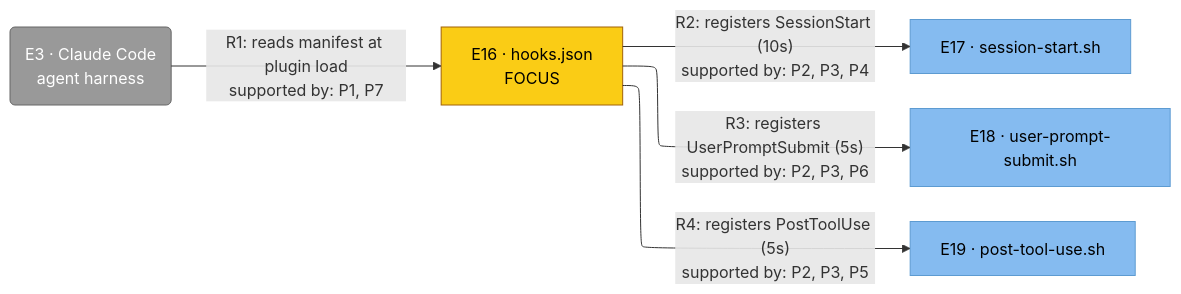
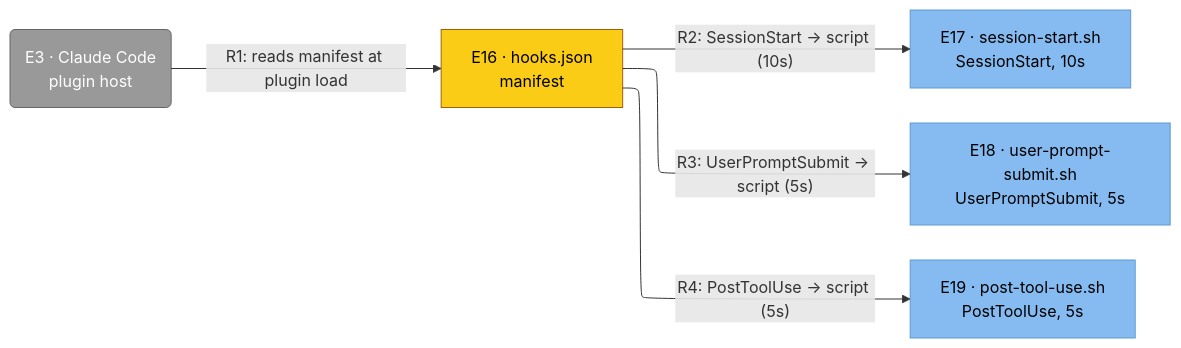
Before and after one commit to toejough/engram: the diagram in architecture/c4/svg/c4-hooks-json.mmd, drawn with Mermaid. The commit also changed 78 other files, not shown here.

```diff
--- a/architecture/c4/svg/c4-hooks-json.mmd
+++ b/architecture/c4/svg/c4-hooks-json.mmd
@@ -1,20 +1,22 @@
 %%{init: {'flowchart': {'defaultRenderer': 'elk'}}}%%
 flowchart LR
-    classDef external fill:#999,stroke:#666,color:#fff
-    classDef component fill:#85bbf0,stroke:#5d9bd1,color:#000
-    classDef focus     fill:#facc15,stroke:#a16207,color:#000
+    classDef person      fill:#08427b,stroke:#052e56,color:#fff
+    classDef external    fill:#999,   stroke:#666,   color:#fff
+    classDef container   fill:#1168bd,stroke:#0b4884,color:#fff
+    classDef component   fill:#85bbf0,stroke:#5d9bd1,color:#000
+    classDef focus       fill:#facc15,stroke:#a16207,color:#000
 
-    e3(E3 · Claude Code<br/>agent harness)
-    e16[E16 · hooks.json<br/>FOCUS]
-    e17[E17 · session-start.sh]
-    e18[E18 · user-prompt-submit.sh]
-    e19[E19 · post-tool-use.sh]
+    e16["E16 · hooks.json<br/>manifest"]
+    e17["E17 · session-start.sh<br/>SessionStart, 10s"]
+    e18["E18 · user-prompt-submit.sh<br/>UserPromptSubmit, 5s"]
+    e19["E19 · post-tool-use.sh<br/>PostToolUse, 5s"]
+    e3("E3 · Claude Code<br/>plugin host")
 
-    e3 -->|"R1: reads manifest at plugin load<br/>supported by: P1, P7"| e16
-    e16 -->|"R2: registers SessionStart (10s)<br/>supported by: P2, P3, P4"| e17
-    e16 -->|"R3: registers UserPromptSubmit (5s)<br/>supported by: P2, P3, P6"| e18
-    e16 -->|"R4: registers PostToolUse (5s)<br/>supported by: P2, P3, P5"| e19
+    e3 -->|"R1: reads manifest at plugin load"| e16
+    e16 -->|"R2: SessionStart -> script (10s)"| e17
+    e16 -->|"R3: UserPromptSubmit -> script (5s)"| e18
+    e16 -->|"R4: PostToolUse -> script (5s)"| e19
 
     class e3 external
     class e17,e18,e19 component
     class e16 focus
```
